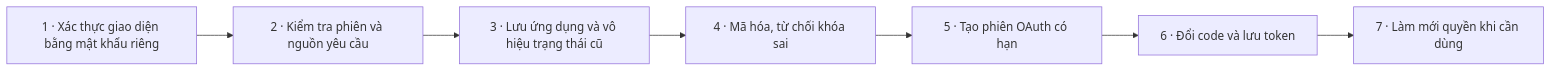
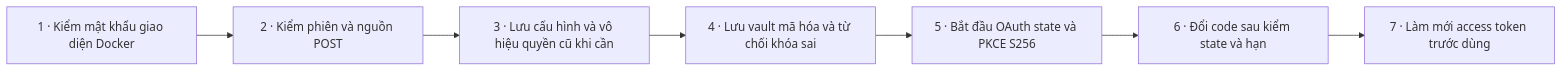
Diagram 12 of 22 in docs/WORKFLOW.md (Thequancute215-sys/cun-zoom), drawn with Mermaid before and after one commit. The commit also changed other lines of this file and 33 other files, not shown here.

Commit message:
Add account OTP and one-time license flow with deployment handover

````diff
--- a/docs/WORKFLOW.md
+++ b/docs/WORKFLOW.md
@@ -177,16 +379,16 @@
 ```mermaid
 flowchart LR
-  s1["1 · Xác thực giao diện bằng mật khẩu riêng"]
-  s2["2 · Kiểm tra phiên và nguồn yêu cầu"]
+  s1["1 · Kiểm mật khẩu giao diện Docker"]
+  s2["2 · Kiểm phiên và nguồn POST"]
   s1 --> s2
-  s3["3 · Lưu ứng dụng và vô hiệu trạng thái cũ"]
+  s3["3 · Lưu cấu hình và vô hiệu quyền cũ khi cần"]
   s2 --> s3
-  s4["4 · Mã hóa, từ chối khóa sai"]
+  s4["4 · Lưu vault mã hóa và từ chối khóa sai"]
   s3 --> s4
-  s5["5 · Tạo phiên OAuth có hạn"]
+  s5["5 · Bắt đầu OAuth state và PKCE S256"]
   s4 --> s5
-  s6["6 · Đổi code và lưu token"]
+  s6["6 · Đổi code sau kiểm state và hạn"]
   s5 --> s6
-  s7["7 · Làm mới quyền khi cần dùng"]
+  s7["7 · Làm mới access token trước dùng"]
   s6 --> s7
 ```
````
